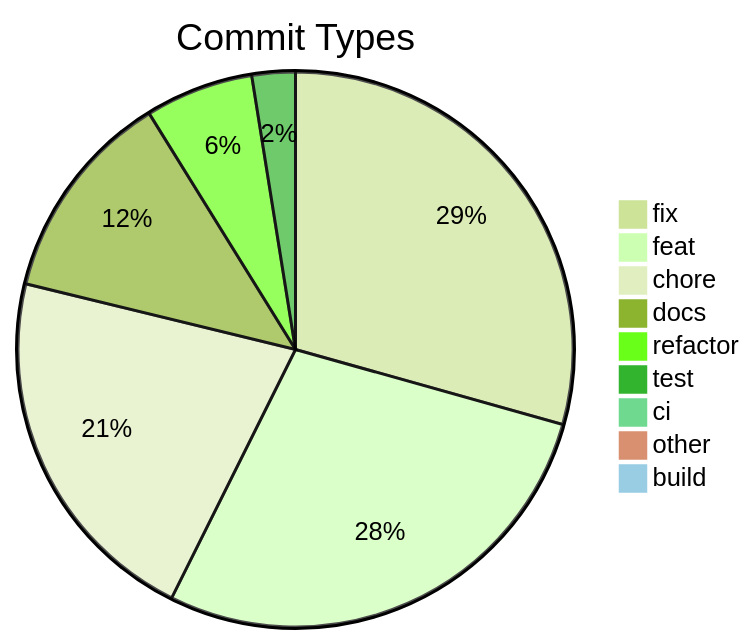
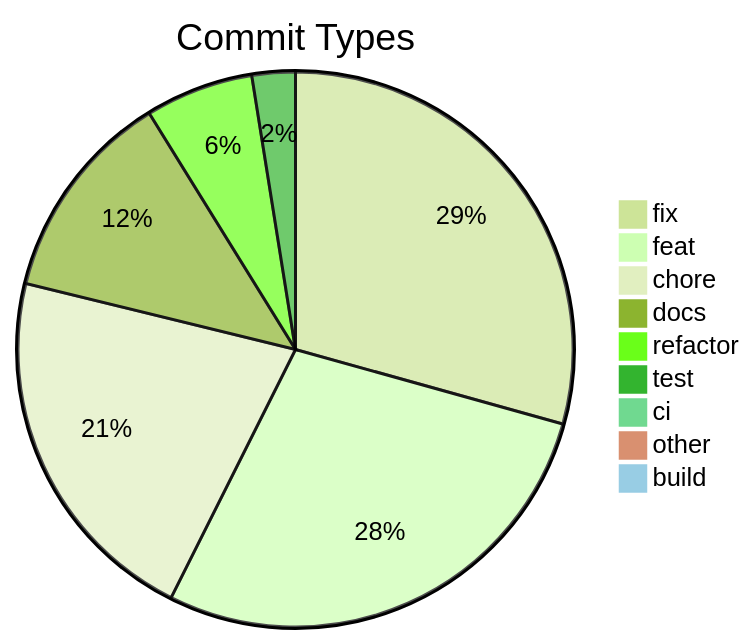
Before and after one commit to svenroth-ai/shipwright: the diagram in .shipwright/compliance/change-history.md, drawn with Mermaid (forest theme). The commit also changed other lines of this file and 9 other files, not shown here.

````diff
--- a/.shipwright/compliance/change-history.md
+++ b/.shipwright/compliance/change-history.md
@@ -8,12 +8,12 @@
 ```mermaid
 pie title Commit Types
     "fix" : 349
-    "feat" : 333
+    "feat" : 334
     "chore" : 255
     "docs" : 147
     "refactor" : 75
     "test" : 30
     "ci" : 11
     "other" : 9
     "build" : 1
 ```
````
